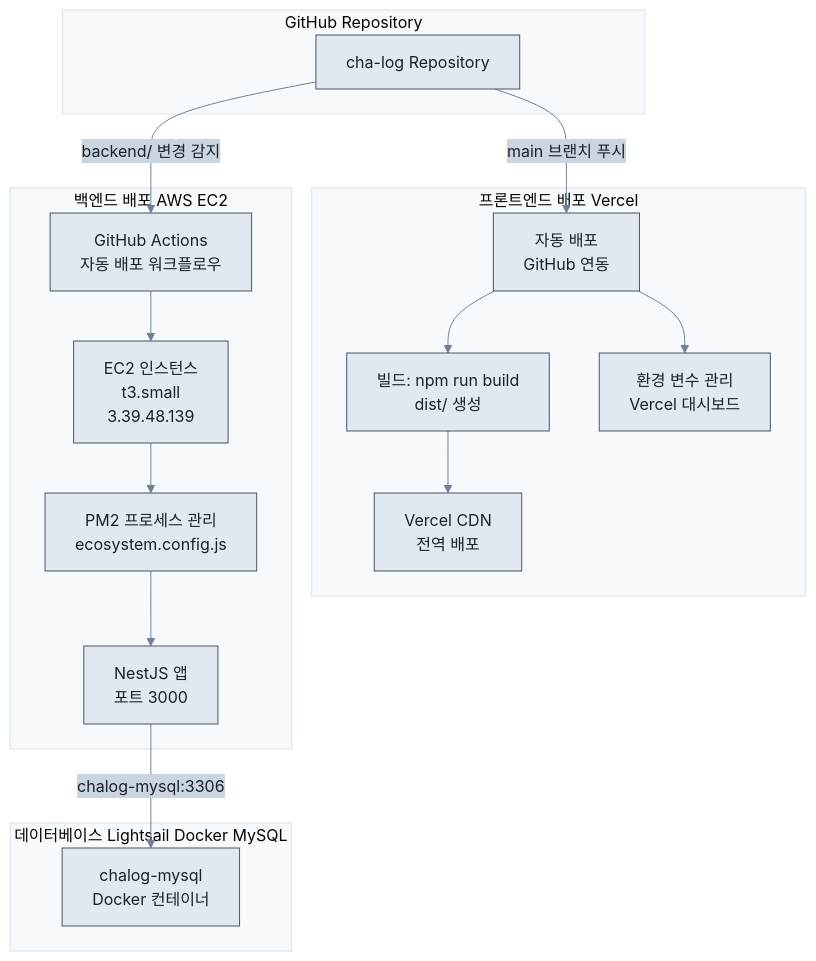
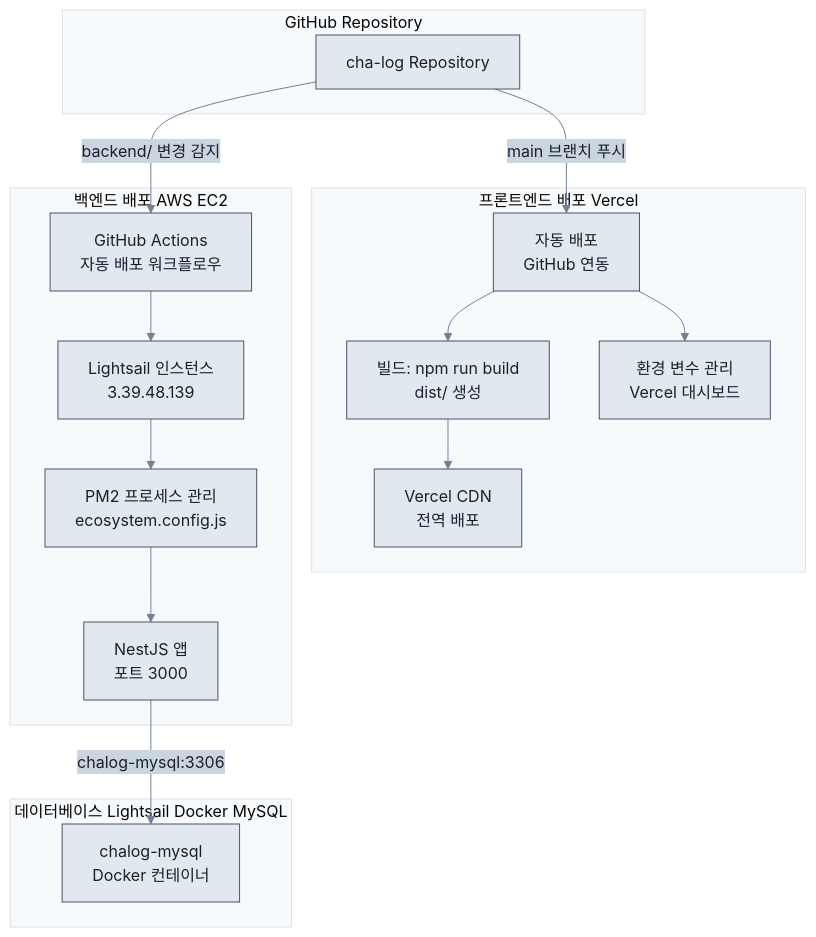
The tenth of 11 diagrams in docs/architecture/SERVER_ARCHITECTURE.md (FLYLIKEB/ChaLog), drawn with Mermaid before and after one commit. The commit also changed other lines of this file and 3 other files, not shown here.

````diff
--- a/docs/architecture/SERVER_ARCHITECTURE.md
+++ b/docs/architecture/SERVER_ARCHITECTURE.md
@@ -337,39 +337,39 @@
 ```mermaid
 %%{init: {'theme':'base', 'themeVariables': { 'primaryColor':'#e2e8f0', 'primaryTextColor':'#1a202c', 'primaryBorderColor':'#4a5568', 'lineColor':'#718096', 'secondaryColor':'#cbd5e0', 'tertiaryColor':'#f7fafc'}}}%%
 flowchart TB
     subgraph GitHub["GitHub Repository"]
         Repo["cha-log Repository"]
     end
 
     subgraph FrontendDeploy["프론트엔드 배포 Vercel"]
         VercelBuild["빌드: npm run build<br/>dist/ 생성"]
         VercelDeploy["자동 배포<br/>GitHub 연동"]
         VercelEnv["환경 변수 관리<br/>Vercel 대시보드"]
         VercelCDN["Vercel CDN<br/>전역 배포"]
     end
 
     subgraph BackendDeploy["백엔드 배포 AWS EC2"]
         GitHubActions["GitHub Actions<br/>자동 배포 워크플로우"]
-        EC2Instance["EC2 인스턴스<br/>t3.small<br/>3.39.48.139"]
+        EC2Instance["Lightsail 인스턴스<br/>3.39.48.139"]
         PM2["PM2 프로세스 관리<br/>ecosystem.config.js"]
         NestJSApp["NestJS 앱<br/>포트 3000"]
     end
 
     subgraph DatabaseDeploy["데이터베이스 Lightsail Docker MySQL"]
         MySQLContainer["chalog-mysql<br/>Docker 컨테이너"]
     end
 
     Repo -->|main 브랜치 푸시| VercelDeploy
     Repo -->|backend/ 변경 감지| GitHubActions
     
     VercelDeploy --> VercelBuild
     VercelBuild --> VercelCDN
     VercelDeploy --> VercelEnv
     
     GitHubActions --> EC2Instance
     EC2Instance --> PM2
     PM2 --> NestJSApp
     
     NestJSApp -->|chalog-mysql:3306| MySQLContainer
 
 ```
````
